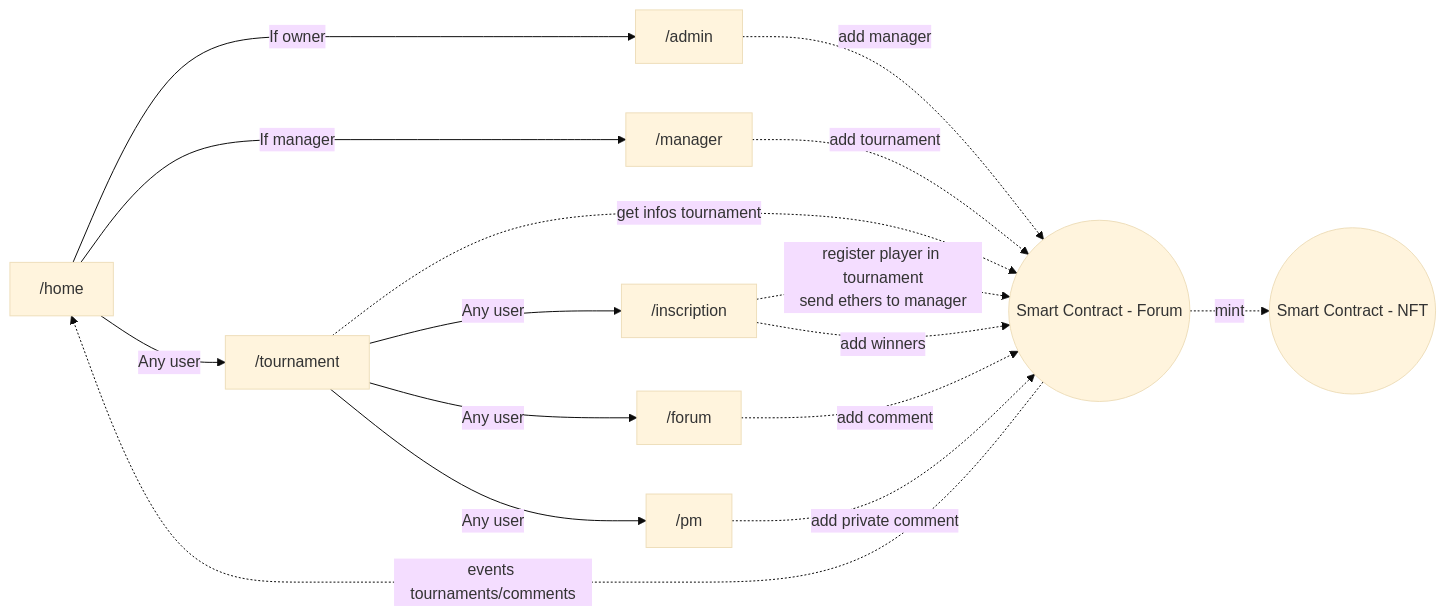
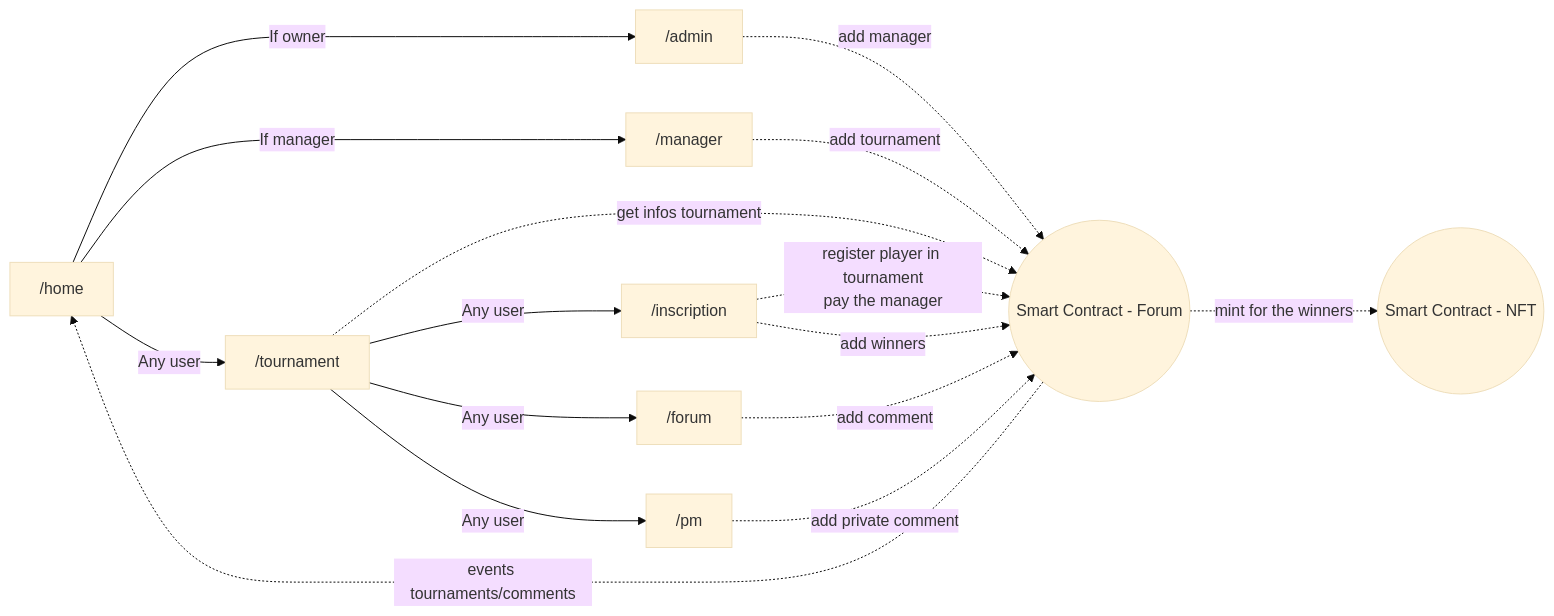
Before and after one commit to mickablondo/PadelConnect: the diagram in README.md, drawn with Mermaid (base theme). The commit also changed other lines of this file, not shown here.

````diff
--- a/README.md
+++ b/README.md
@@ -27,18 +27,18 @@
 ```mermaid
 flowchart >
     A[ /home] -->|If owner| B[ /admin]
     A -->|If manager| C[ /manager]
     A -->|Any user| D[ /tournament] 
     D -->|Any user| E[ /inscription]
     D -->|Any user| F[ /forum]
     D -->|Any user| G[ /pm]
     B -.->|add manager| I((Smart Contract - Forum))
     C -.->|add tournament| I
     D -.->|get infos tournament| I
-    E -.->|register player in tournament<br/>send ethers to manager| I
+    E -.->|register player in tournament<br/>pay the manager| I
     E -.->|add winners| I
     F -.->|add comment| I
     G -.->|add private comment| I
-    I -.->|mint| J((Smart Contract - NFT))
+    I -.->|mint for the winners| J((Smart Contract - NFT))
     I -.->|events tournaments/comments| A
 ```
````
